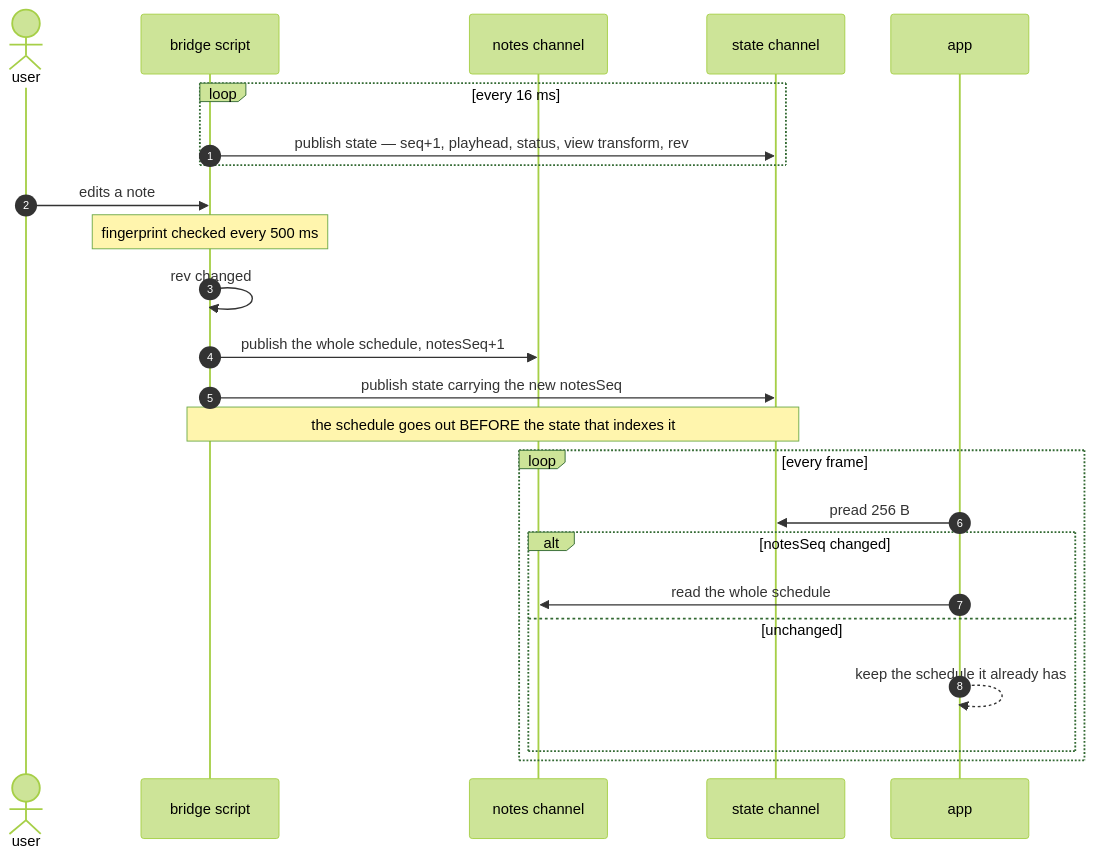
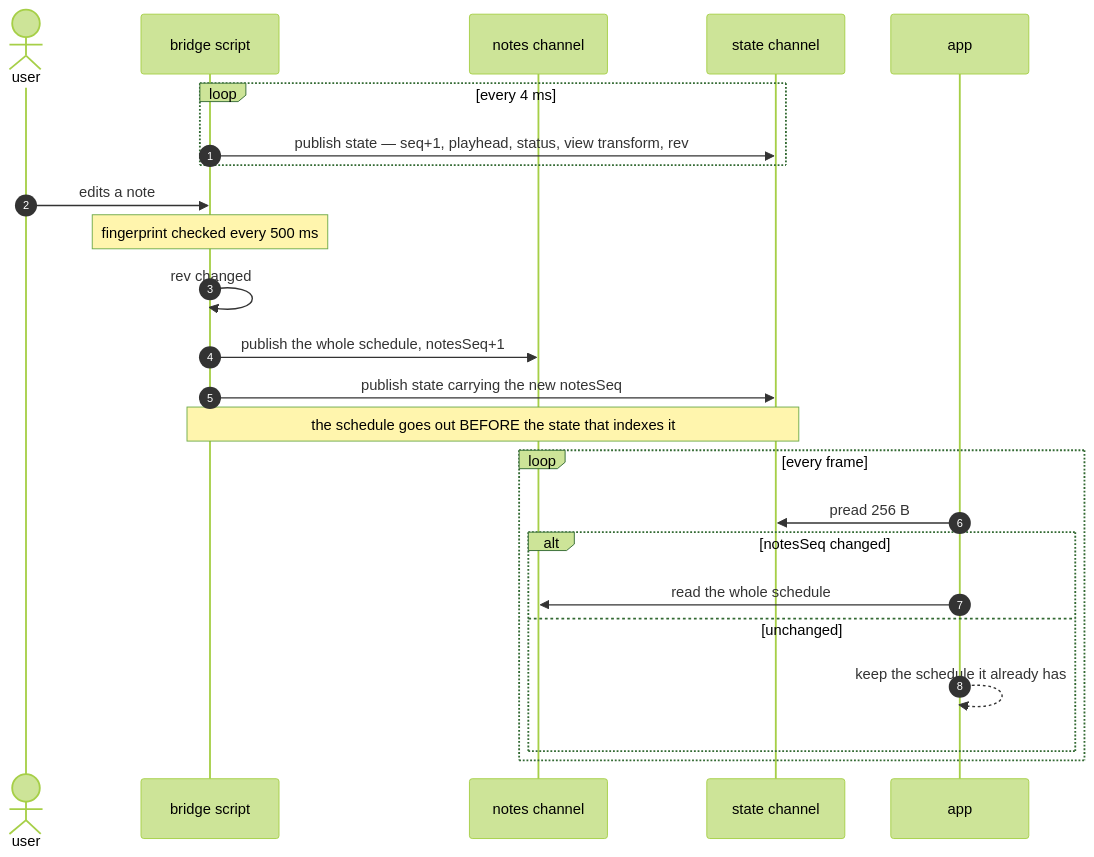
One commit to 0x1f320/karaoke-v changed the diagram in docs/bridge.md. Above: the diagram before and after it, drawn with Mermaid (forest theme). The commit also changed other lines of this file and 51 other files, not shown here.

````diff
--- a/docs/bridge.md
+++ b/docs/bridge.md
@@ -73,30 +73,30 @@
 ```mermaid
 sequenceDiagram
     autonumber
     actor U as user
     participant S as bridge script
     participant N as notes channel
     participant T as state channel
     participant A as app
 
-    loop every 16 ms
+    loop every 4 ms
         S->>T: publish state — seq+1, playhead, status, view transform, rev
     end
 
     U->>S: edits a note
     Note over S: fingerprint checked every 500 ms
     S->>S: rev changed
     S->>N: publish the whole schedule, notesSeq+1
     S->>T: publish state carrying the new notesSeq
 
     Note over S,T: the schedule goes out BEFORE the state that indexes it
 
     loop every frame
         A->>T: pread 256 B
         alt notesSeq changed
             A->>N: read the whole schedule
         else unchanged
             A-->>A: keep the schedule it already has
         end
     end
 ```
````
